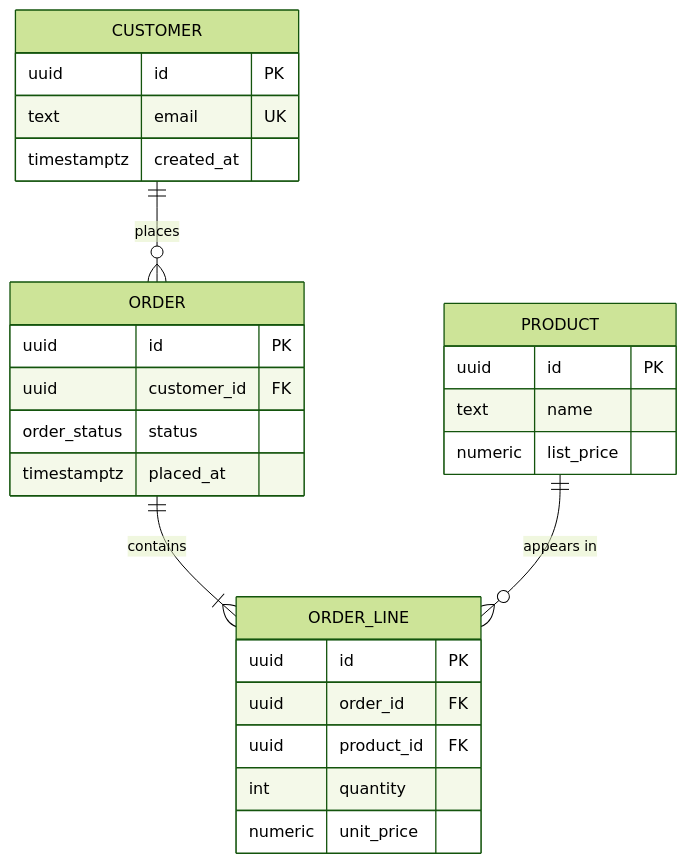
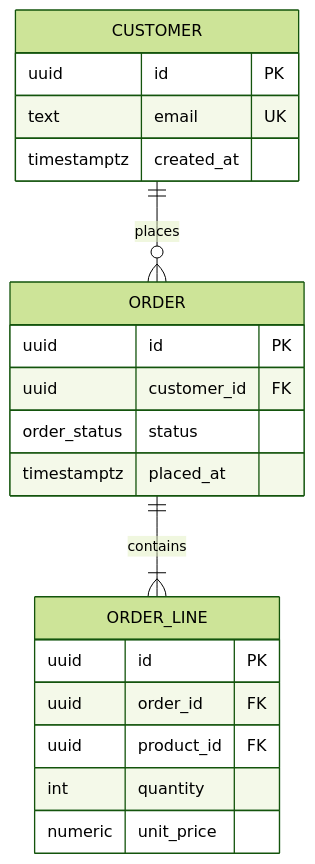
The diagram in skills/db-normalisation/SKILL.md (MegaByteMark/skills-to-pay-the-ai-bills), drawn with Mermaid (forest theme) before and after one commit. The commit also changed other lines of this file, not shown here.

````diff
--- a/skills/db-normalisation/SKILL.md
+++ b/skills/db-normalisation/SKILL.md
@@ -90,29 +88,23 @@
 ```mermaid
 erDiagram
     CUSTOMER ||--o{ ORDER : places
     ORDER ||--|{ ORDER_LINE : contains
-    PRODUCT ||--o{ ORDER_LINE : "appears in"
     CUSTOMER {
         uuid id PK
         text email UK
         timestamptz created_at
     }
     ORDER {
         uuid id PK
         uuid customer_id FK
         order_status status
         timestamptz placed_at
     }
     ORDER_LINE {
         uuid id PK
         uuid order_id FK
         uuid product_id FK
         int quantity
         numeric unit_price
     }
-    PRODUCT {
-        uuid id PK
-        text name
-        numeric list_price
-    }
 ```
````
